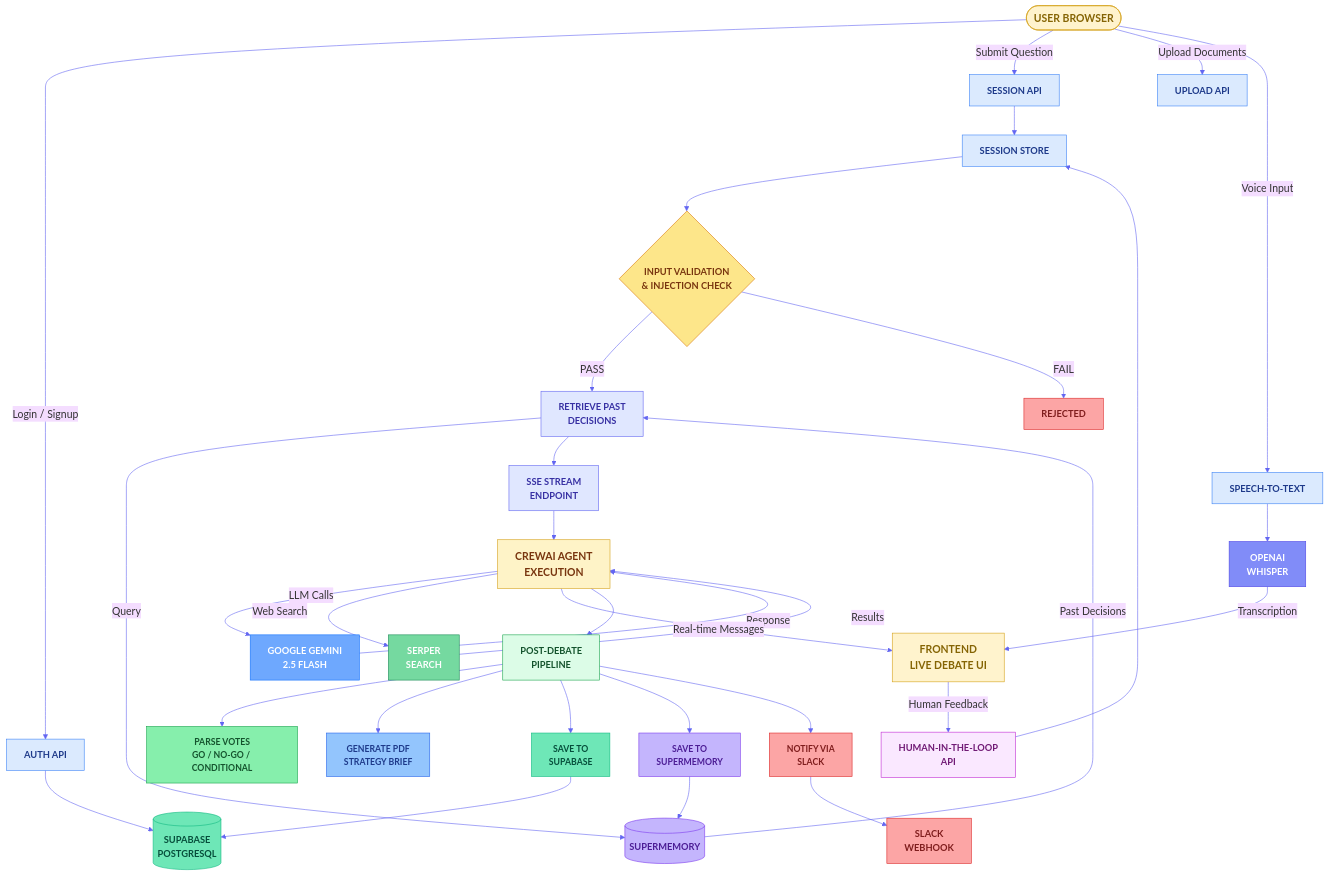
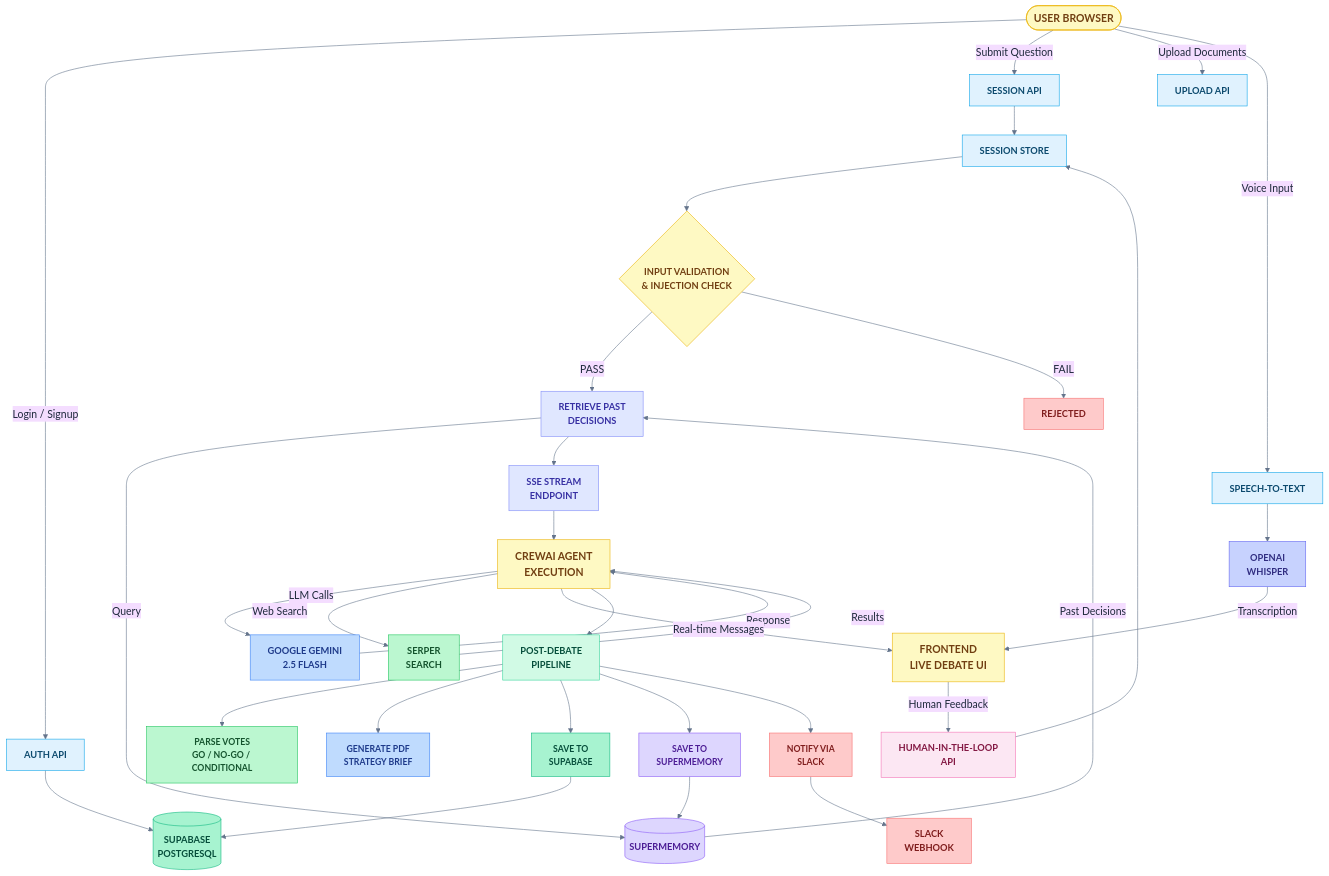
The fourth of 4 diagrams in README.md (Antarathapliyal31/ShadowBoard), drawn with Mermaid before and after one commit. The commit also changed other lines of this file, not shown here.

First line of the commit message:
updated diagrams

````diff
--- a/README.md
+++ b/README.md
@@ -281,72 +281,72 @@
 ```mermaid
-%%{init: {'theme': 'base', 'themeVariables': { 'fontSize': '18px', 'fontFamily': 'Segoe UI, Arial', 'primaryTextColor': '#333', 'lineColor': '#6366f1' }}}%%
+%%{init: {'theme': 'base', 'themeVariables': { 'fontSize': '18px', 'fontFamily': 'Segoe UI, Arial', 'primaryTextColor': '#1e293b', 'lineColor': '#64748b' }}}%%
 flowchart TD
     User(["USER BROWSER"]):::userClass
 
     User -->|"Login / Signup"| AuthAPI["AUTH API"]:::apiClass
     User -->|"Submit Question"| SessionAPI["SESSION API"]:::apiClass
     User -->|"Upload Documents"| UploadAPI["UPLOAD API"]:::apiClass
     User -->|"Voice Input"| SpeechAPI["SPEECH-TO-TEXT"]:::apiClass
 
     AuthAPI --> SupaDB[("SUPABASE\nPOSTGRESQL")]:::supaClass
     SessionAPI --> Store["SESSION STORE"]:::storeClass
 
     Store --> Valid{"INPUT VALIDATION\n& INJECTION CHECK"}:::validateClass
 
     Valid -->|"PASS"| MemCheck["RETRIEVE PAST\nDECISIONS"]:::memClass
     Valid -->|"FAIL"| Denied["REJECTED"]:::rejectClass
 
     MemCheck -->|"Query"| SMem[("SUPERMEMORY")]:::smemClass
     SMem -->|"Past Decisions"| MemCheck
 
     MemCheck --> Stream["SSE STREAM\nENDPOINT"]:::streamClass
     Stream --> Crew["CREWAI AGENT\nEXECUTION"]:::crewClass
 
     Crew -->|"LLM Calls"| Gem["GOOGLE GEMINI\n2.5 FLASH"]:::gemClass
     Gem -->|"Response"| Crew
     Crew -->|"Web Search"| Srp["SERPER\nSEARCH"]:::srpClass
     Srp -->|"Results"| Crew
 
     Crew -->|"Real-time Messages"| FE["FRONTEND\nLIVE DEBATE UI"]:::feClass
 
     Crew --> Post["POST-DEBATE\nPIPELINE"]:::postClass
 
     Post --> Votes["PARSE VOTES\nGO / NO-GO / CONDITIONAL"]:::outClass
     Post --> GenPDF["GENERATE PDF\nSTRATEGY BRIEF"]:::outPdfClass
     Post --> SaveDB["SAVE TO\nSUPABASE"]:::outSupaClass
     Post --> SaveMem["SAVE TO\nSUPERMEMORY"]:::outMemClass
     Post --> NotifySlk["NOTIFY VIA\nSLACK"]:::outSlackClass
 
     SpeechAPI --> OAI["OPENAI\nWHISPER"]:::oaiClass
     OAI -->|"Transcription"| FE
 
     SaveDB --> SupaDB
     SaveMem --> SMem
     NotifySlk --> SlkHook["SLACK\nWEBHOOK"]:::slackClass
 
     FE -->|"Human Feedback"| HInput["HUMAN-IN-THE-LOOP\nAPI"]:::hitlClass
     HInput --> Store
 
-    classDef userClass fill:#fff3cd,stroke:#d4a017,color:#856404,font-weight:bold,font-size:18px
-    classDef apiClass fill:#dbeafe,stroke:#3b82f6,color:#1e3a8a,font-weight:bold,font-size:16px
-    classDef supaClass fill:#6ee7b7,stroke:#10b981,color:#064e3b,font-weight:bold,font-size:16px
-    classDef storeClass fill:#dbeafe,stroke:#3b82f6,color:#1e3a8a,font-weight:bold,font-size:16px
-    classDef validateClass fill:#fde68a,stroke:#d97706,color:#78350f,font-weight:bold,font-size:16px
-    classDef memClass fill:#e0e7ff,stroke:#6366f1,color:#3730a3,font-weight:bold,font-size:16px
-    classDef rejectClass fill:#fca5a5,stroke:#dc2626,color:#7f1d1d,font-weight:bold,font-size:16px
-    classDef smemClass fill:#c4b5fd,stroke:#7c3aed,color:#4c1d95,font-weight:bold,font-size:16px
-    classDef streamClass fill:#e0e7ff,stroke:#6366f1,color:#3730a3,font-weight:bold,font-size:16px
-    classDef crewClass fill:#fef3c7,stroke:#d4a017,color:#78350f,font-weight:bold,font-size:18px
-    classDef gemClass fill:#6ea8fe,stroke:#0d6efd,color:#fff,font-weight:bold,font-size:16px
-    classDef srpClass fill:#75d9a0,stroke:#198754,color:#fff,font-weight:bold,font-size:16px
-    classDef feClass fill:#fff3cd,stroke:#d4a017,color:#856404,font-weight:bold,font-size:18px
-    classDef postClass fill:#dcfce7,stroke:#16a34a,color:#14532d,font-weight:bold,font-size:16px
-    classDef outClass fill:#86efac,stroke:#16a34a,color:#14532d,font-weight:bold,font-size:15px
-    classDef outPdfClass fill:#93c5fd,stroke:#2563eb,color:#1e3a8a,font-weight:bold,font-size:15px
-    classDef outSupaClass fill:#6ee7b7,stroke:#10b981,color:#064e3b,font-weight:bold,font-size:15px
-    classDef outMemClass fill:#c4b5fd,stroke:#7c3aed,color:#4c1d95,font-weight:bold,font-size:15px
-    classDef outSlackClass fill:#fca5a5,stroke:#dc2626,color:#7f1d1d,font-weight:bold,font-size:15px
-    classDef oaiClass fill:#818cf8,stroke:#4f46e5,color:#fff,font-weight:bold,font-size:16px
-    classDef slackClass fill:#fca5a5,stroke:#dc2626,color:#7f1d1d,font-weight:bold,font-size:16px
-    classDef hitlClass fill:#fae8ff,stroke:#c026d3,color:#701a75,font-weight:bold,font-size:16px
+    classDef userClass fill:#fef9c3,stroke:#eab308,color:#713f12,font-weight:bold,font-size:18px
+    classDef apiClass fill:#e0f2fe,stroke:#0ea5e9,color:#0c4a6e,font-weight:bold,font-size:16px
+    classDef supaClass fill:#a7f3d0,stroke:#10b981,color:#064e3b,font-weight:bold,font-size:16px
+    classDef storeClass fill:#e0f2fe,stroke:#0ea5e9,color:#0c4a6e,font-weight:bold,font-size:16px
+    classDef validateClass fill:#fef9c3,stroke:#eab308,color:#713f12,font-weight:bold,font-size:16px
+    classDef memClass fill:#e0e7ff,stroke:#818cf8,color:#3730a3,font-weight:bold,font-size:16px
+    classDef rejectClass fill:#fecaca,stroke:#f87171,color:#7f1d1d,font-weight:bold,font-size:16px
+    classDef smemClass fill:#ddd6fe,stroke:#8b5cf6,color:#4c1d95,font-weight:bold,font-size:16px
+    classDef streamClass fill:#e0e7ff,stroke:#818cf8,color:#3730a3,font-weight:bold,font-size:16px
+    classDef crewClass fill:#fef9c3,stroke:#eab308,color:#713f12,font-weight:bold,font-size:18px
+    classDef gemClass fill:#bfdbfe,stroke:#3b82f6,color:#1e3a8a,font-weight:bold,font-size:16px
+    classDef srpClass fill:#bbf7d0,stroke:#22c55e,color:#14532d,font-weight:bold,font-size:16px
+    classDef feClass fill:#fef9c3,stroke:#eab308,color:#713f12,font-weight:bold,font-size:18px
+    classDef postClass fill:#d1fae5,stroke:#34d399,color:#064e3b,font-weight:bold,font-size:16px
+    classDef outClass fill:#bbf7d0,stroke:#22c55e,color:#14532d,font-weight:bold,font-size:15px
+    classDef outPdfClass fill:#bfdbfe,stroke:#3b82f6,color:#1e3a8a,font-weight:bold,font-size:15px
+    classDef outSupaClass fill:#a7f3d0,stroke:#10b981,color:#064e3b,font-weight:bold,font-size:15px
+    classDef outMemClass fill:#ddd6fe,stroke:#8b5cf6,color:#4c1d95,font-weight:bold,font-size:15px
+    classDef outSlackClass fill:#fecaca,stroke:#f87171,color:#7f1d1d,font-weight:bold,font-size:15px
+    classDef oaiClass fill:#c7d2fe,stroke:#6366f1,color:#312e81,font-weight:bold,font-size:16px
+    classDef slackClass fill:#fecaca,stroke:#f87171,color:#7f1d1d,font-weight:bold,font-size:16px
+    classDef hitlClass fill:#fce7f3,stroke:#f472b6,color:#831843,font-weight:bold,font-size:16px
 ```
````
